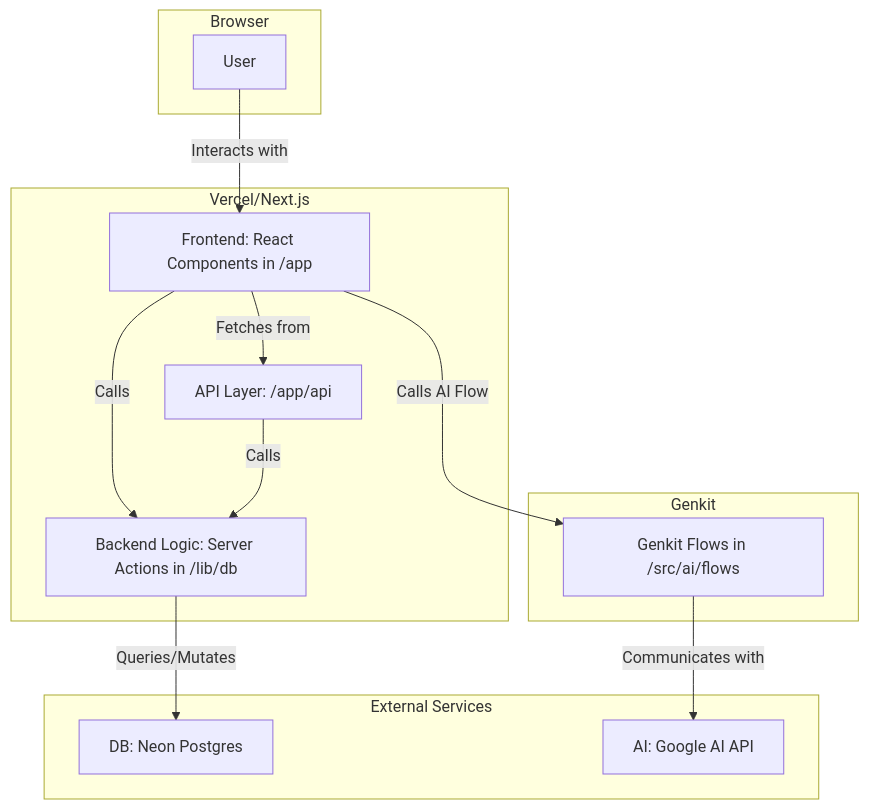
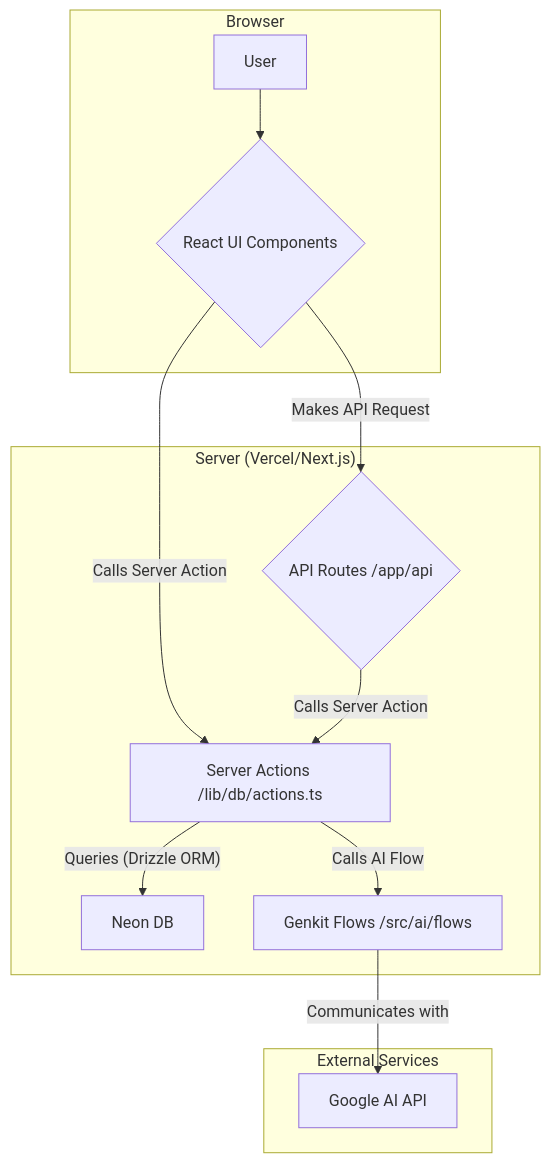
The diagram in documentation.md (Antot-12/Spekulus), drawn with Mermaid before and after one commit. The commit also changed other lines of this file, not shown here.

````diff
--- a/documentation.md
+++ b/documentation.md
@@ -661,29 +677,23 @@
 ```mermaid
 graph TD
     subgraph Browser
-        A[User]
+        A[User] --> B{React UI Components}
     end
 
-    subgraph Vercel/Next.js
-        B[Frontend: React Components in /app]
-        C[API Layer: /app/api]
-        D[Backend Logic: Server Actions in /lib/db]
+    subgraph "Server (Vercel/Next.js)"
+        B -- "Calls Server Action" --> D[Server Actions /lib/db/actions.ts]
+        B -- "Makes API Request" --> C{API Routes /app/api}
+
+        C -- "Calls Server Action" --> D
+
+        D -- "Queries (Drizzle ORM)" --> E[Neon DB]
+        D -- "Calls AI Flow" --> G[Genkit Flows /src/ai/flows]
     end
 
-    subgraph External Services
-        E[Database: Neon Postgres]
-        F[AI: Google AI API]
+    subgraph "External Services"
+        E
+        F[Google AI API]
     end
 
-    subgraph Genkit
-      G[Genkit Flows in /src/ai/flows]
-    end
-
-    A -- Interacts with --> B
-    B -- Calls --> D
-    B -- Fetches from --> C
-    C -- Calls --> D
-    D -- Queries/Mutates --> E[DB: Neon Postgres]
-    B -- Calls AI Flow --> G
-    G -- Communicates with --> F
+    G -- "Communicates with" --> F
 ```
````
